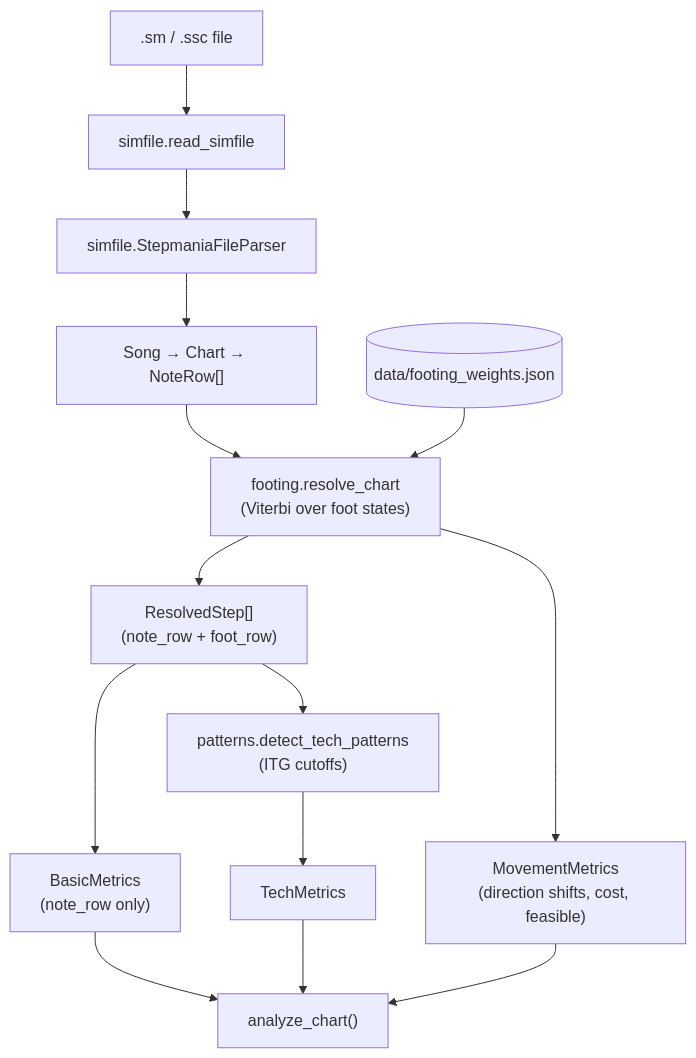
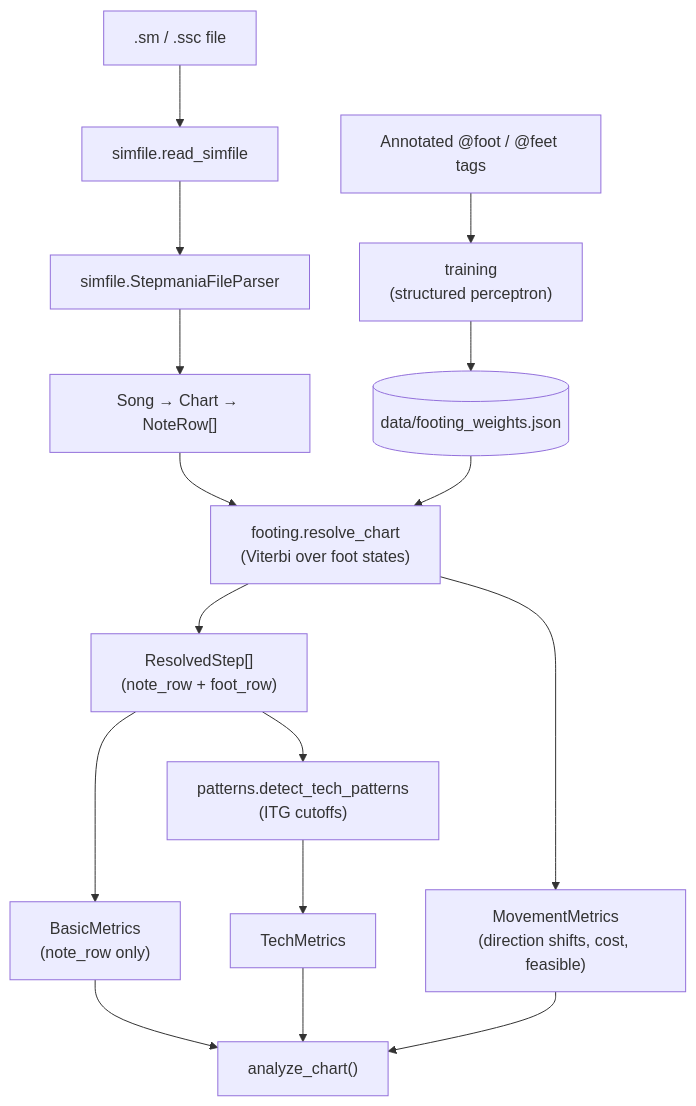
The diagram in docs/architecture.md (brandonabear/patternity), drawn with Mermaid before and after one commit. The commit also changed other lines of this file and 6 other files, not shown here.

````diff
--- a/docs/architecture.md
+++ b/docs/architecture.md
@@ -5,16 +11,19 @@
 ```mermaid
 flowchart TD
     file[".sm / .ssc file"] --> reader["simfile.read_simfile"]
     reader --> parser["simfile.StepmaniaFileParser"]
     parser --> song["Song → Chart → NoteRow[]"]
     song --> footing["footing.resolve_chart<br/>(Viterbi over foot states)"]
     weights[("data/footing_weights.json")] --> footing
     footing --> steps["ResolvedStep[]<br/>(note_row + foot_row)"]
     steps --> basic["BasicMetrics<br/>(note_row only)"]
     steps --> detector["patterns.detect_tech_patterns<br/>(ITG cutoffs)"]
     footing --> movement["MovementMetrics<br/>(direction shifts, cost, feasible)"]
     detector --> tech["TechMetrics"]
     basic --> report["analyze_chart()"]
     tech --> report
     movement --> report
+
+    tags["Annotated @foot / @feet tags"] --> train["training<br/>(structured perceptron)"]
+    train --> weights
 ```
````
